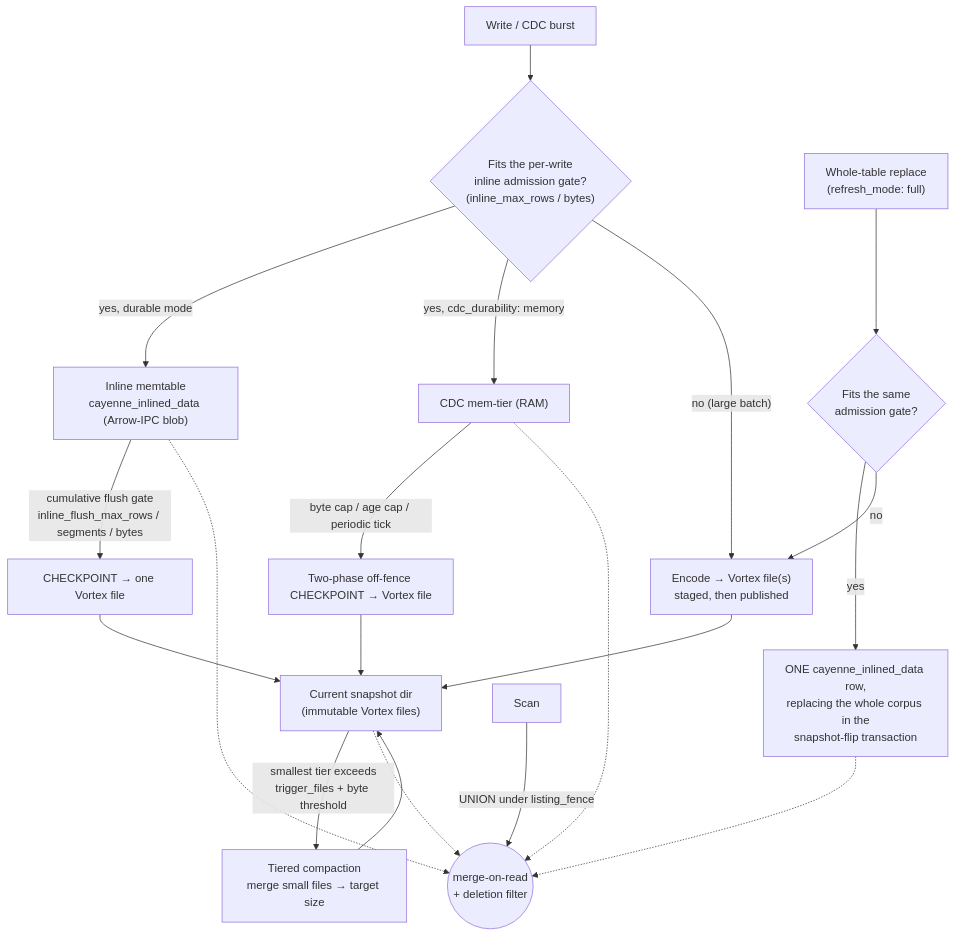
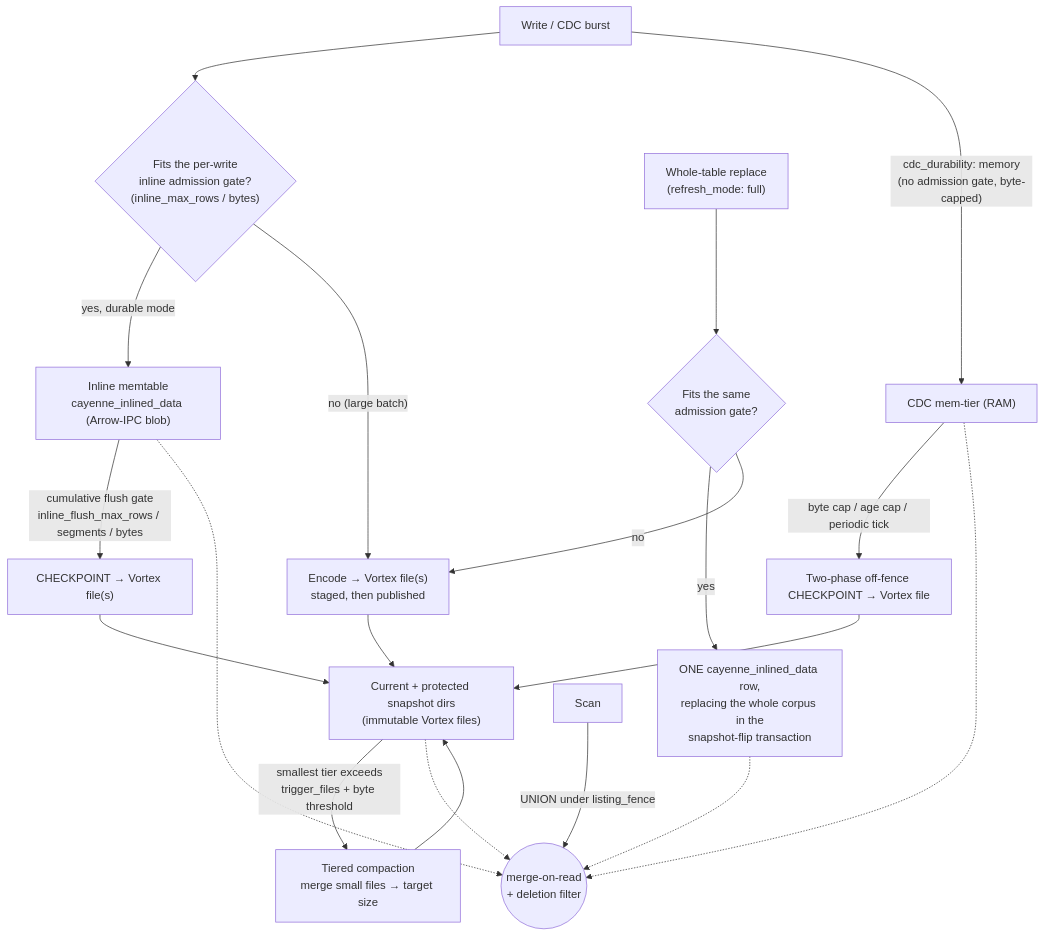
The fourth of 22 diagrams in docs/cayenne/cayenne.md (spiceai/spiceai), drawn with Mermaid before and after one commit. The commit also changed other lines of this file and 3 other files, not shown here.

````diff
--- a/docs/cayenne/cayenne.md
+++ b/docs/cayenne/cayenne.md
@@ -312,27 +315,27 @@
 ```mermaid
 flowchart TB
     W["Write / CDC burst"] --> GATE{"Fits the per-write<br/>inline admission gate?<br/>(inline_max_rows / bytes)"}
 
     GATE -->|"yes, durable mode"| INLINE["Inline memtable<br/>cayenne_inlined_data (Arrow-IPC blob)"]
-    GATE -->|"yes, cdc_durability: memory"| RAM["CDC mem-tier (RAM)"]
+    W -->|"cdc_durability: memory<br/>(no admission gate, byte-capped)"| RAM["CDC mem-tier (RAM)"]
     GATE -->|"no (large batch)"| VORTEX["Encode → Vortex file(s)<br/>staged, then published"]
 
     OW["Whole-table replace<br/>(refresh_mode: full)"] --> OGATE{"Fits the same<br/>admission gate?"}
     OGATE -->|"yes"| OINLINE["ONE cayenne_inlined_data row,<br/>replacing the whole corpus in the<br/>snapshot-flip transaction"]
     OGATE -->|"no"| VORTEX
 
-    INLINE -->|"cumulative flush gate<br/>inline_flush_max_rows / segments / bytes"| CKPT1["CHECKPOINT → one Vortex file"]
+    INLINE -->|"cumulative flush gate<br/>inline_flush_max_rows / segments / bytes"| CKPT1["CHECKPOINT → Vortex file(s)"]
     RAM -->|"byte cap / age cap / periodic tick"| CKPT2["Two-phase off-fence CHECKPOINT → Vortex file"]
-    CKPT1 --> CUR["Current snapshot dir<br/>(immutable Vortex files)"]
+    CKPT1 --> CUR["Current + protected snapshot dirs<br/>(immutable Vortex files)"]
     CKPT2 --> CUR
     VORTEX --> CUR
 
     CUR -->|"smallest tier exceeds<br/>trigger_files + byte threshold"| COMPACT["Tiered compaction<br/>merge small files → target size"]
     COMPACT --> CUR
 
     READ["Scan"] -->|"UNION under listing_fence"| FUSE(("merge-on-read<br/>+ deletion filter"))
     INLINE -.-> FUSE
     OINLINE -.-> FUSE
     RAM -.-> FUSE
     CUR -.-> FUSE
 ```
````
